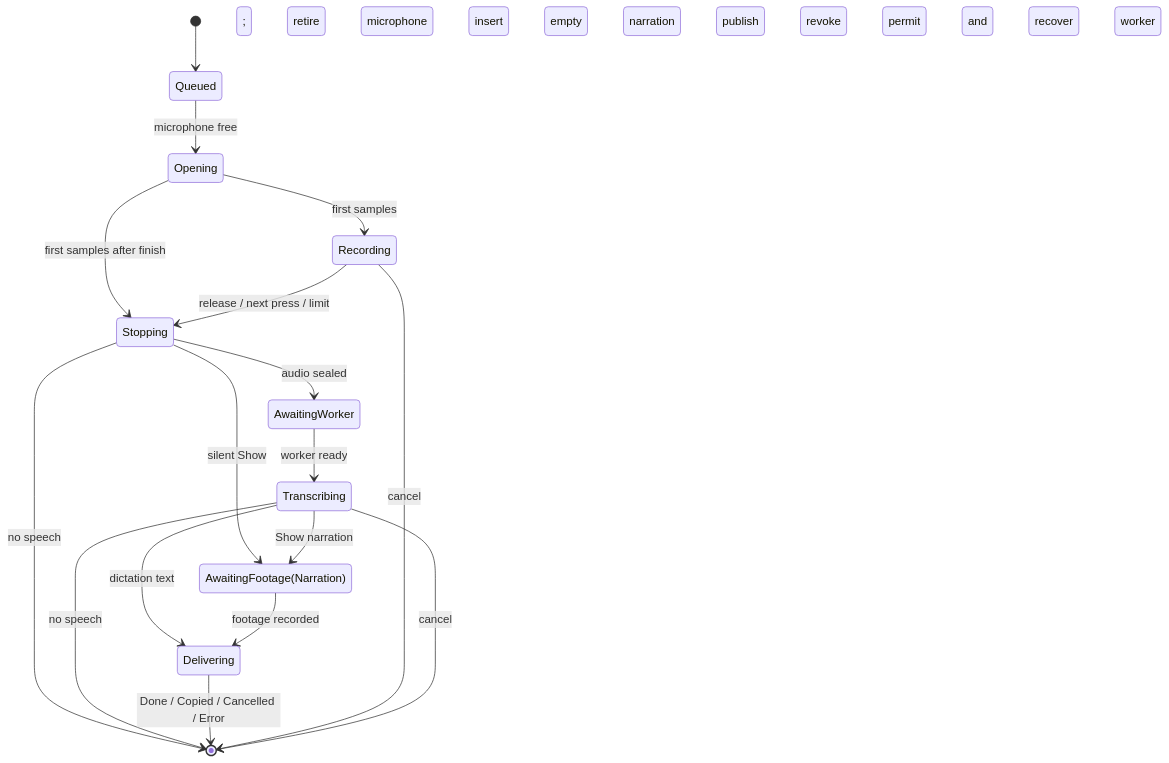
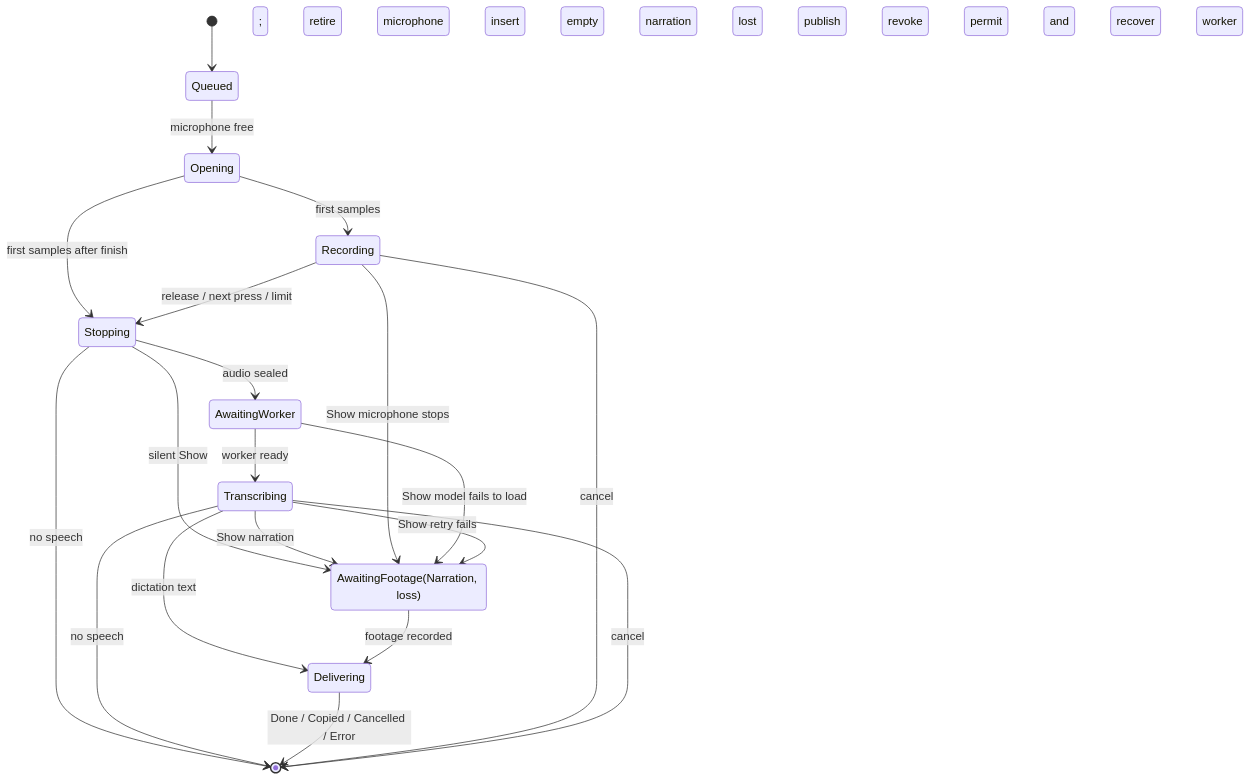
Before and after one commit to KrishRVH/speakeasy: the second of 2 diagrams in docs/architecture.md, drawn with Mermaid. The commit also changed other lines of this file and 14 other files, not shown here.

First line of the commit message:
fix(show): keep a Show whose narration fails and copy it without narration

````diff
--- a/docs/architecture.md
+++ b/docs/architecture.md
@@ -215,20 +218,23 @@
 ```mermaid
 stateDiagram-v2
-    state "AwaitingFootage(Narration)" as AwaitingFootage
+    state "AwaitingFootage(Narration, loss)" as AwaitingFootage
     [*] --> Queued
     Queued --> Opening: microphone free
     Opening --> Recording: first samples
     Opening --> Stopping: first samples after finish
     Recording --> Stopping: release / next press / limit
     Stopping --> AwaitingWorker: audio sealed; retire microphone
     Stopping --> [*]: no speech
     AwaitingWorker --> Transcribing: worker ready
     Transcribing --> Delivering: dictation text; insert
     Transcribing --> [*]: no speech
     Stopping --> AwaitingFootage: silent Show; empty narration
     Transcribing --> AwaitingFootage: Show narration
+    Recording --> AwaitingFootage: Show microphone stops; narration lost
+    AwaitingWorker --> AwaitingFootage: Show model fails to load; narration lost
+    Transcribing --> AwaitingFootage: Show retry fails; narration lost
     AwaitingFootage --> Delivering: footage recorded; publish
     Delivering --> [*]: Done / Copied / Cancelled / Error
     Recording --> [*]: cancel; revoke permit and retire
     Transcribing --> [*]: cancel; revoke permit and recover worker
 ```
````
